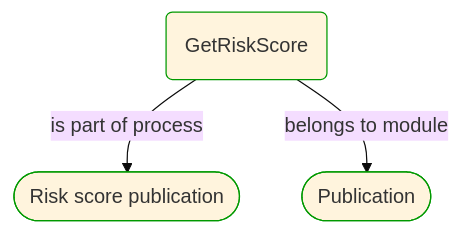
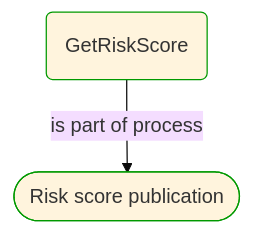
One commit to itlibrium/DDD-starter-dotnet changed the first of 3 diagrams in Docs/P3/MermaidOutput/ProcessSteps/Risk management/Risk score publication/GetRiskScore.md. Above: the diagram before and after it, drawn with Mermaid (base theme). The commit also changed other lines of this file and 174 other files, not shown here.

````diff
--- a/Docs/P3/MermaidOutput/ProcessSteps/Risk management/Risk score publication/GetRiskScore.md
+++ b/Docs/P3/MermaidOutput/ProcessSteps/Risk management/Risk score publication/GetRiskScore.md
@@ -20,14 +20,11 @@
 ```mermaid
   flowchart TB
     0(GetRiskScore)
     class 0 DomainPerspective
     1([Risk score publication])
     class 1 DomainPerspective
     0-->|is part of process|1
-    2([Publication])
-    class 2 DomainPerspective
-    0-->|belongs to module|2
     classDef DomainPerspective stroke:#009900
     classDef TechnologyPerspective stroke:#1F41EB
     classDef PeoplePerspective stroke:#FFF014
 ```
````
